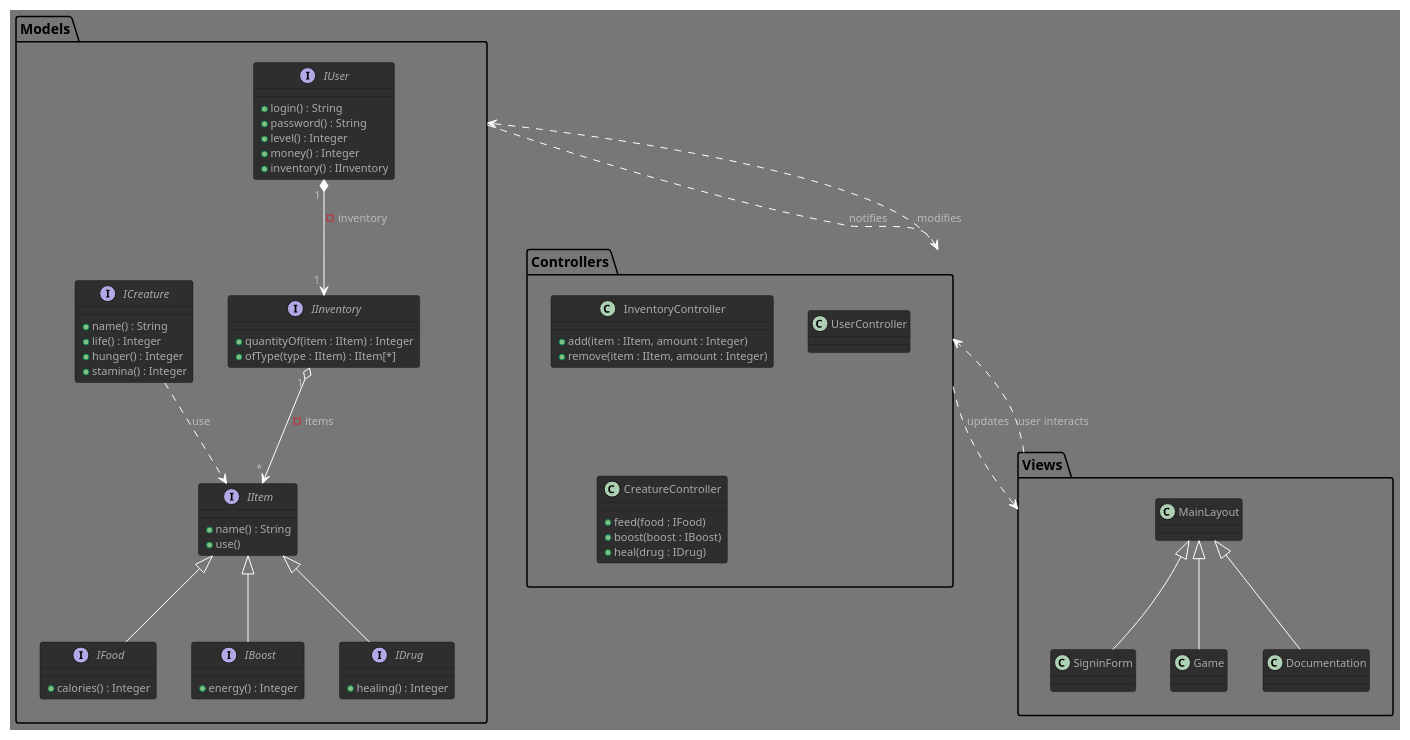
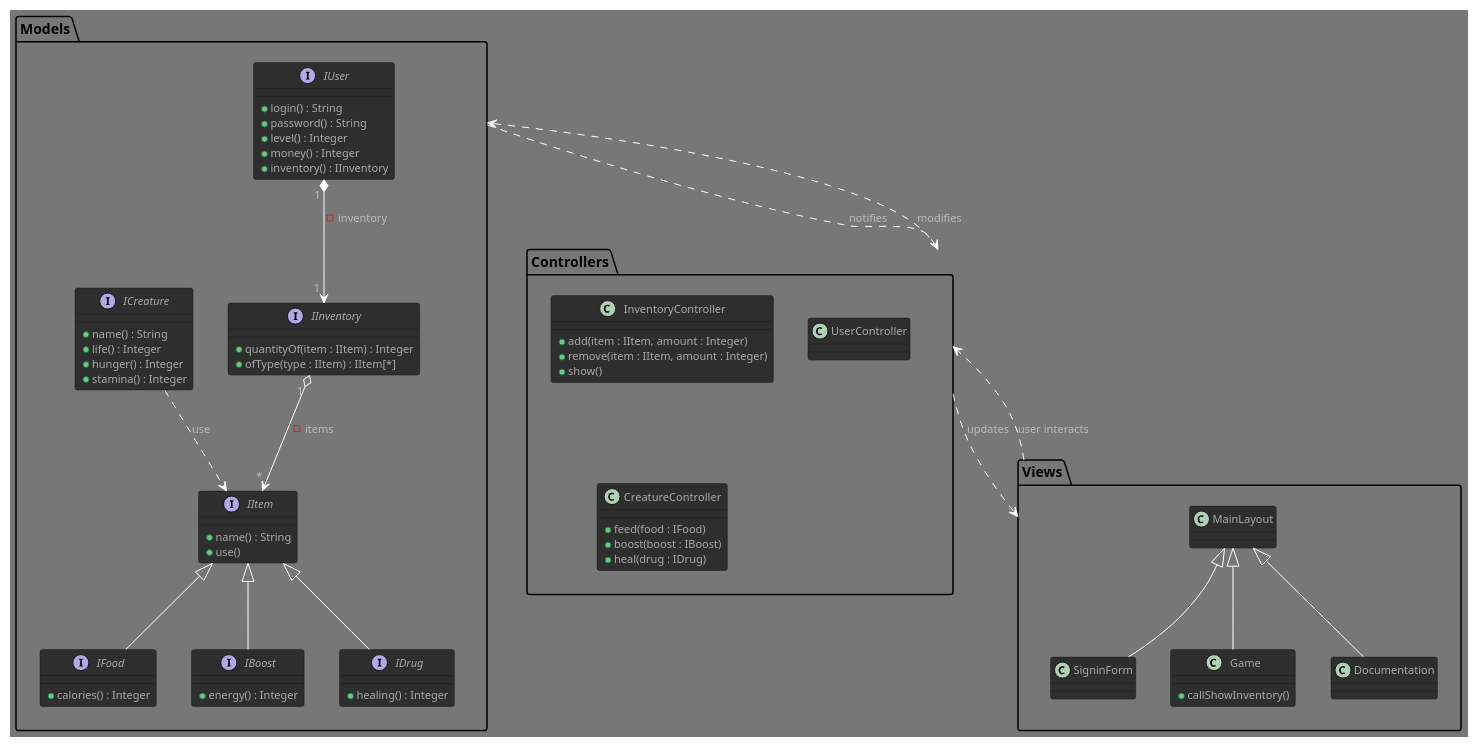
Before and after one commit to GlazKrovi/VirtualNoe: the diagram in VirtualNoe.puml, drawn with PlantUML.

Commit message:
defines a test

```diff
--- a/VirtualNoe.puml
+++ b/VirtualNoe.puml
@@ -1,96 +1,100 @@
 @startuml VirtualNoe
 
 !theme reddress-darkgreen
 
 package Models
 {
     interface IUser
     {
         + login() : String
         + password() : String
         + level() : Integer
         + money() : Integer
         + inventory() : IInventory
     }
 
     interface IInventory 
     { 
         + quantityOf(item : IItem) : Integer
         + ofType(type : IItem) : IItem[*]
     }
 
     interface IItem
     {
         + name() : String
         + use()
     }
 
     interface IFood implements IItem
     {
         /' number of points added to hunger gauge '/
         + calories() : Integer  
     }
 
     interface IBoost implements IItem
     {
         /' number of points added to stamina gauge '/
         + energy() : Integer
     }
 
     interface IDrug implements IItem
     {
         /' number of points added to life gauge '/
         + healing() : Integer
     }
 
     interface ICreature 
     { 
         + name() : String
         + life() : Integer
         + hunger() : Integer
         + stamina() : Integer
     }
 }
 
 package Controllers 
 { 
     class InventoryController
     {
         + add(item : IItem, amount : Integer) 
         + remove(item : IItem, amount : Integer)
+        + show()
     }
 
     class UserController
     {
         /' TODO - see laravel scaffolding system (make:auth), etc. '/
     }
 
     class CreatureController
     {
         + feed(food : IFood)
         + boost(boost : IBoost)
         + heal(drug : IDrug)
     }
 }
 
 package Views 
 { 
     class MainLayout
     class SigninForm extends MainLayout   /' home, index '/
     class Game extends MainLayout   /' main game window '/
+    {
+        + callShowInventory()
+    }
     class Documentation extends MainLayout   /' tutorial, etc. '/
 }
 
 /' RELATIONS '/
 IUser" 1 " *--> " 1 "IInventory : - inventory
 IInventory" 1 " o--> " * "IItem : - items
 ICreature ..> IItem : use               /' TODO - not sure '/
 
 
 /' MVC '/
 Controllers ..> Models : modifies
 Controllers ..> Views : updates
 Views ..> Controllers : user interacts
 Models ..> Controllers : notifies 
 
 @enduml
```
